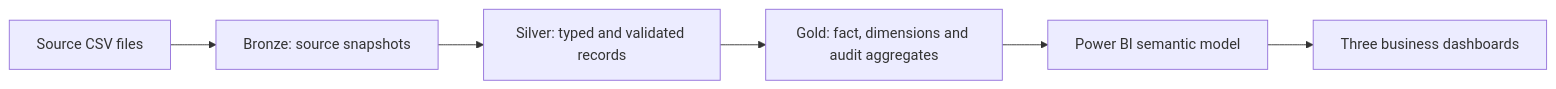
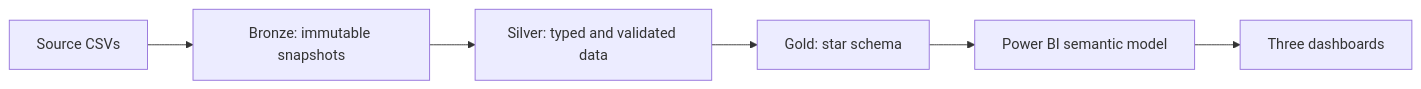
One commit to thaquan/Electric_Vehicle_Analytics changed the diagram in README.md. Above: the diagram before and after it, drawn with Mermaid. The commit also changed other lines of this file and 65 other files, not shown here.

````diff
--- a/README.md
+++ b/README.md
@@ -38,8 +50,8 @@
 ```mermaid
 flowchart LR
-    A[Source CSV files] --> B[Bronze: source snapshots]
-    B --> C[Silver: typed and validated records]
-    C --> D[Gold: fact, dimensions and audit aggregates]
+    A[Source CSVs] --> B[Bronze: immutable snapshots]
+    B --> C[Silver: typed and validated data]
+    C --> D[Gold: star schema]
     D --> E[Power BI semantic model]
-    E --> F[Three business dashboards]
+    E --> F[Three dashboards]
 ```
````
